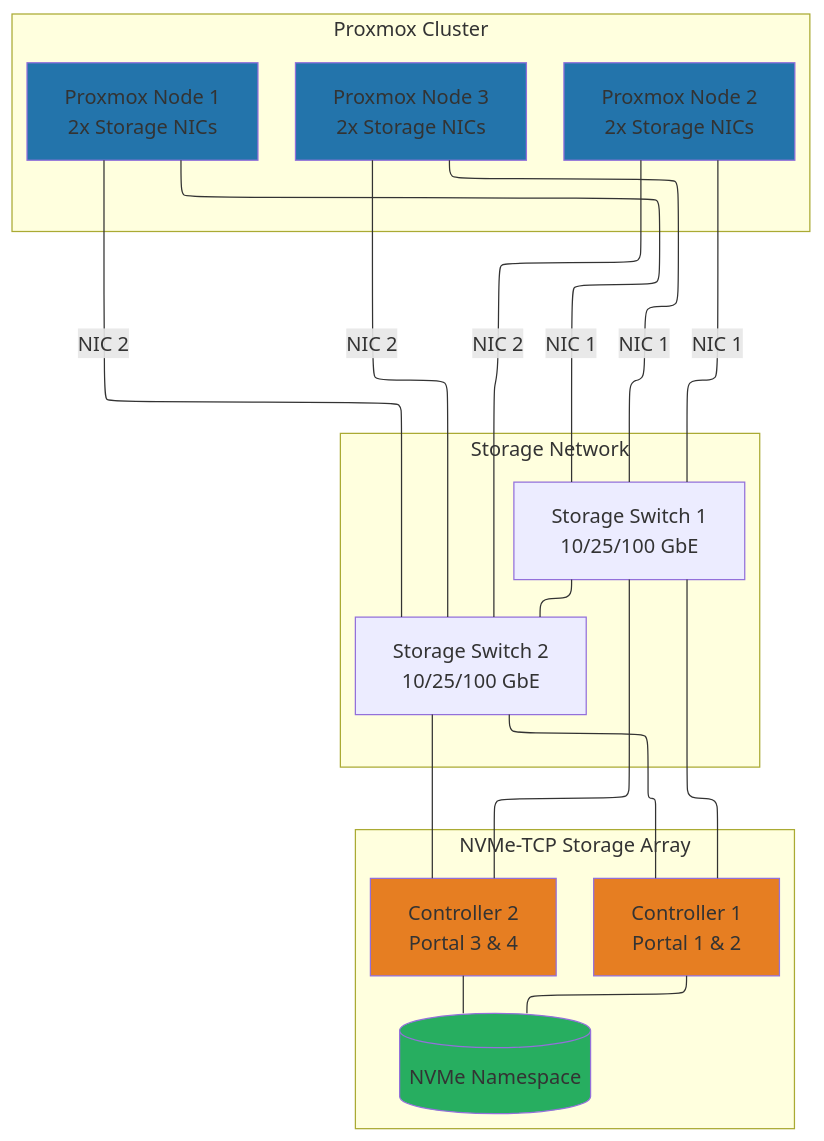
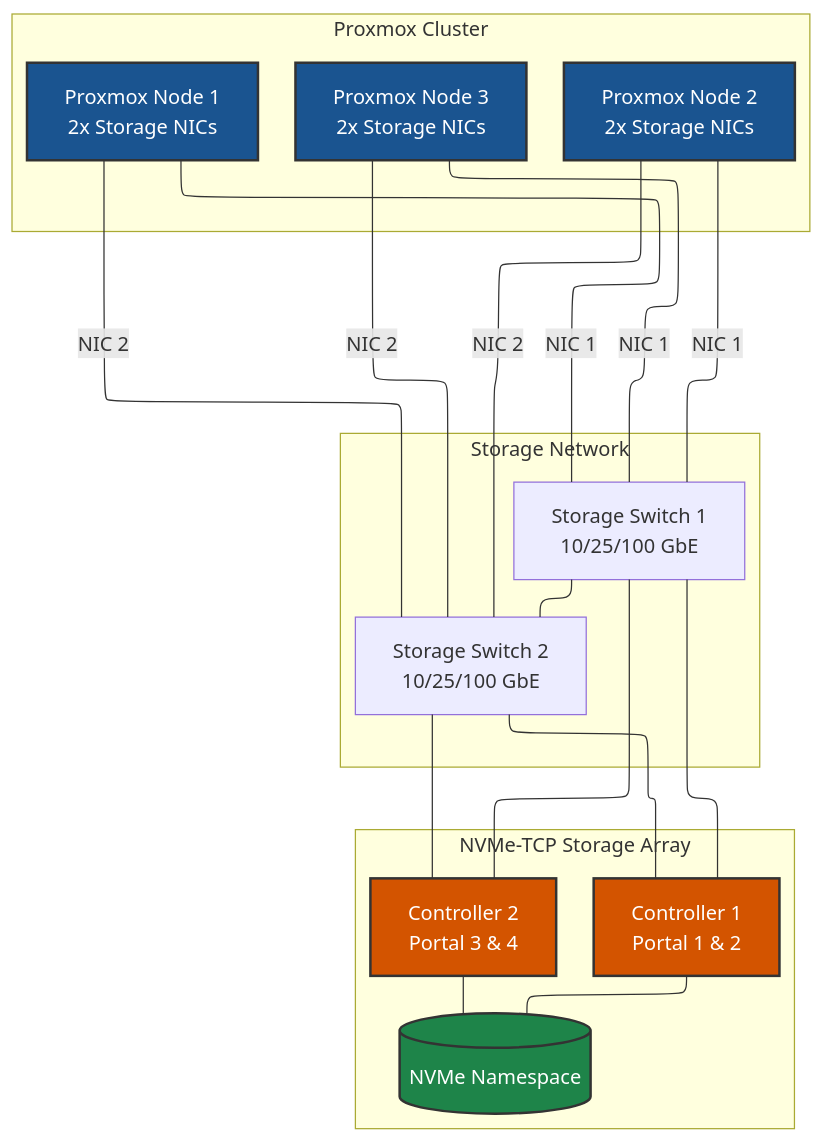
Before and after one commit to khensler/Quickstart-Guides: the first of 8 diagrams in Proxmox/nvme-tcp/BEST-PRACTICES.md, drawn with Mermaid. The commit also changed other lines of this file and 106 other files, not shown here.

````diff
--- a/Proxmox/nvme-tcp/BEST-PRACTICES.md
+++ b/Proxmox/nvme-tcp/BEST-PRACTICES.md
@@ -34,44 +51,44 @@
 ```mermaid
 flowchart-elk
 
     subgraph "Proxmox Cluster"
         PVE1[Proxmox Node 1<br/>2x Storage NICs]
         PVE2[Proxmox Node 2<br/>2x Storage NICs]
         PVE3[Proxmox Node 3<br/>2x Storage NICs]
     end
     
     subgraph "Storage Network"
         SW1[Storage Switch 1<br/>10/25/100 GbE]
         SW2[Storage Switch 2<br/>10/25/100 GbE]
     end
     
     subgraph "NVMe-TCP Storage Array"
         CTRL1[Controller 1<br/>Portal 1 & 2]
         CTRL2[Controller 2<br/>Portal 3 & 4]
         NVME[(NVMe Namespace)]
     end
     
     SW1 --- SW2
 
     PVE1 ---|NIC 1| SW1
     PVE1 ---|NIC 2| SW2
     PVE2 ---|NIC 1| SW1
     PVE2 ---|NIC 2| SW2
     PVE3 ---|NIC 1| SW1
     PVE3 ---|NIC 2| SW2
     
     SW1 --- CTRL1
     SW1 --- CTRL2
     SW2 --- CTRL1
     SW2 --- CTRL2
     
     CTRL1 --- NVME
     CTRL2 --- NVME
     
-    style PVE1 fill:#2374ab
-    style PVE2 fill:#2374ab
-    style PVE3 fill:#2374ab
-    style CTRL1 fill:#e67e22
-    style CTRL2 fill:#e67e22
-    style NVME fill:#27ae60
+    style PVE1 fill:#1a5490,stroke:#333,stroke-width:2px,color:#fff
+    style PVE2 fill:#1a5490,stroke:#333,stroke-width:2px,color:#fff
+    style PVE3 fill:#1a5490,stroke:#333,stroke-width:2px,color:#fff
+    style CTRL1 fill:#d35400,stroke:#333,stroke-width:2px,color:#fff
+    style CTRL2 fill:#d35400,stroke:#333,stroke-width:2px,color:#fff
+    style NVME fill:#1e8449,stroke:#333,stroke-width:2px,color:#fff
 ```
````
